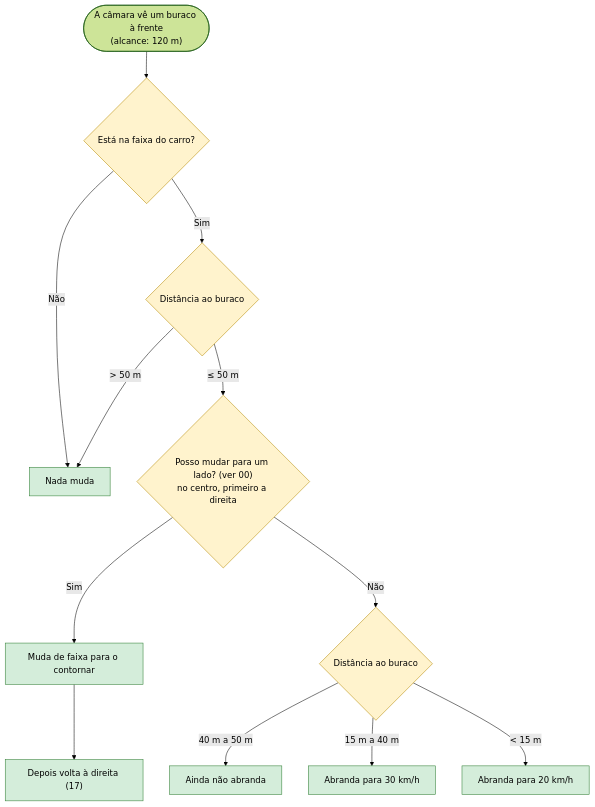
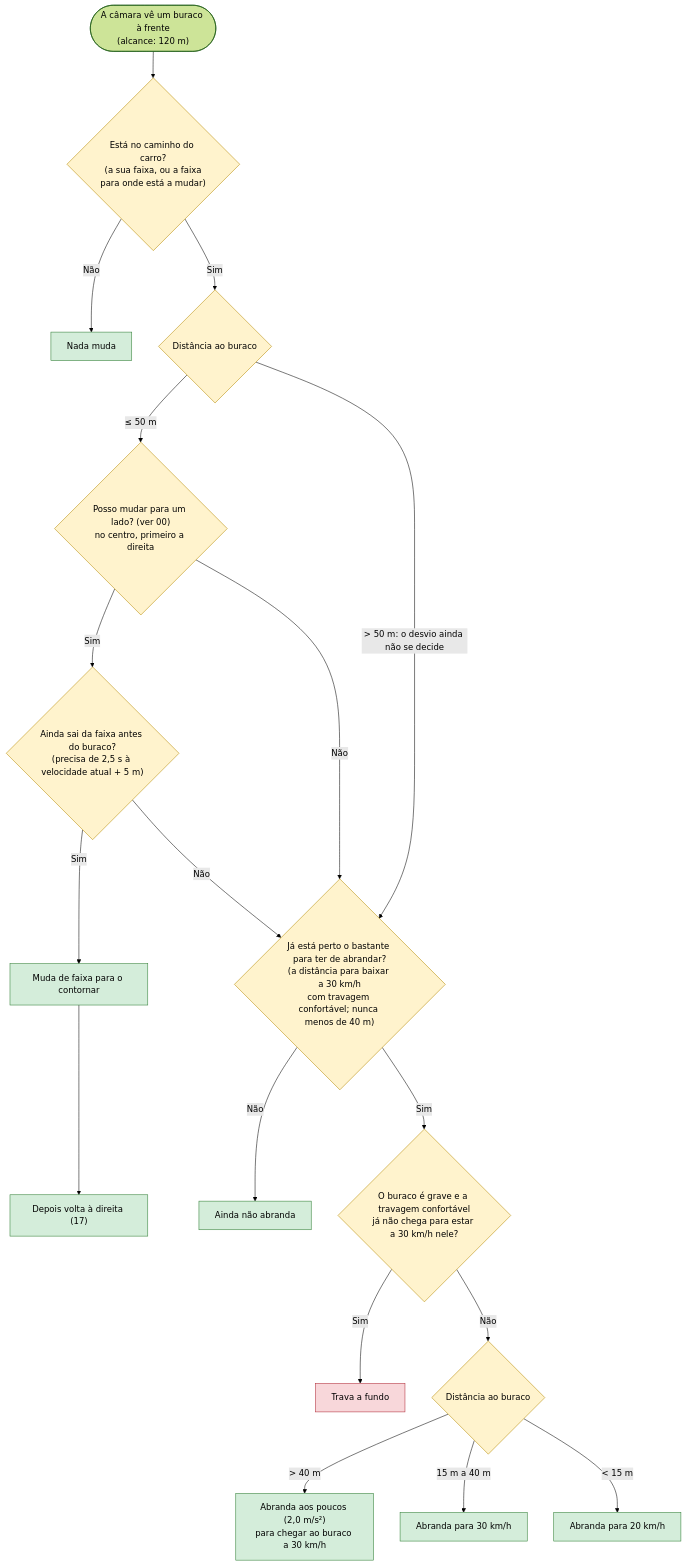
One commit to 1-2Drive/projeto-1 changed the diagram in docs/fluxogramas/fluxogramas_apresentar/12-buracos.md. Above: the diagram before and after it, drawn with Mermaid (forest theme). The commit also changed other lines of this file and 38 other files, not shown here.

````diff
--- a/docs/fluxogramas/fluxogramas_apresentar/12-buracos.md
+++ b/docs/fluxogramas/fluxogramas_apresentar/12-buracos.md
@@ -5,19 +5,27 @@
 ```mermaid
 flowchart TD
-    S(["A câmara vê um buraco à frente<br/>(alcance: 120 m)"]) --> Q0{"Está na faixa do carro?"}
+    S(["A câmara vê um buraco à frente<br/>(alcance: 120 m)"]) --> Q0{"Está no caminho do carro?<br/>(a sua faixa, ou a faixa<br/>para onde está a mudar)"}
     Q0 -- "Não" --> A0["Nada muda"]
     Q0 -- "Sim" --> Q1{"Distância ao buraco"}
-    Q1 -- "> 50 m" --> A0
     Q1 -- "≤ 50 m" --> Q2{"Posso mudar para um lado? (ver 00)<br/>no centro, primeiro a direita"}
-    Q2 -- "Sim" --> A1["Muda de faixa para o contornar"]
-    Q2 -- "Não" --> Q3{"Distância ao buraco"}
-    Q3 -- "40 m a 50 m" --> A0b["Ainda não abranda"]
-    Q3 -- "15 m a 40 m" --> A2["Abranda para 30 km/h"]
-    Q3 -- "< 15 m" --> A3["Abranda para 20 km/h"]
+    Q2 -- "Sim" --> Q2b{"Ainda sai da faixa antes do buraco?<br/>(precisa de 2,5 s à velocidade atual + 5 m)"}
+    Q2b -- "Sim" --> A1["Muda de faixa para o contornar"]
+    Q2b -- "Não" --> Q3
+    Q2 -- "Não" --> Q3
+    Q1 -- "> 50 m: o desvio ainda não se decide" --> Q3{"Já está perto o bastante para ter de abrandar?<br/>(a distância para baixar a 30 km/h<br/>com travagem confortável; nunca menos de 40 m)"}
+    Q3 -- "Não" --> A0b["Ainda não abranda"]
+    Q3 -- "Sim" --> Q4{"O buraco é grave e a travagem confortável<br/>já não chega para estar a 30 km/h nele?"}
+    Q4 -- "Sim" --> A5["Trava a fundo"]
+    Q4 -- "Não" --> Q5{"Distância ao buraco"}
+    Q5 -- "> 40 m" --> A2a["Abranda aos poucos (2,0 m/s²)<br/>para chegar ao buraco a 30 km/h"]
+    Q5 -- "15 m a 40 m" --> A2["Abranda para 30 km/h"]
+    Q5 -- "< 15 m" --> A3["Abranda para 20 km/h"]
     A1 --> A4["Depois volta à direita (17)"]
 
     classDef dec fill:#fff3cd,stroke:#b58900,color:#000
     classDef acao fill:#d4edda,stroke:#2e7d32,color:#000
-    class Q0,Q1,Q2,Q3 dec
-    class A0,A0b,A1,A2,A3,A4 acao
+    classDef forte fill:#f8d7da,stroke:#b02a37,color:#000
+    class Q0,Q1,Q2,Q2b,Q3,Q4,Q5 dec
+    class A0,A0b,A1,A2,A2a,A3,A4 acao
+    class A5 forte
 ```
````
